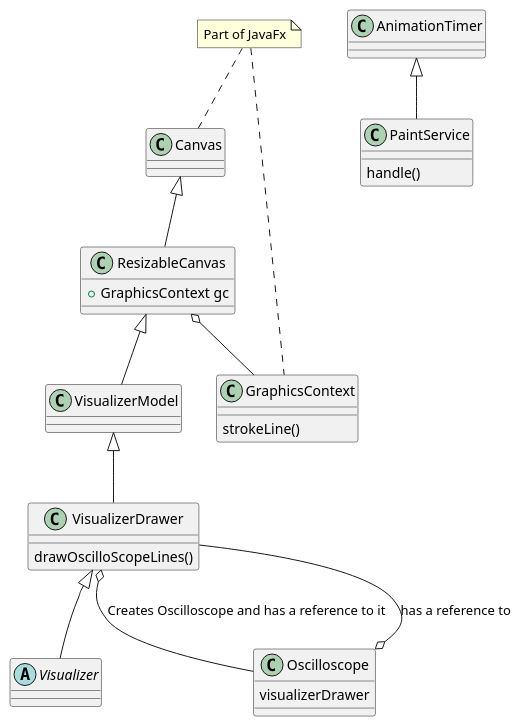
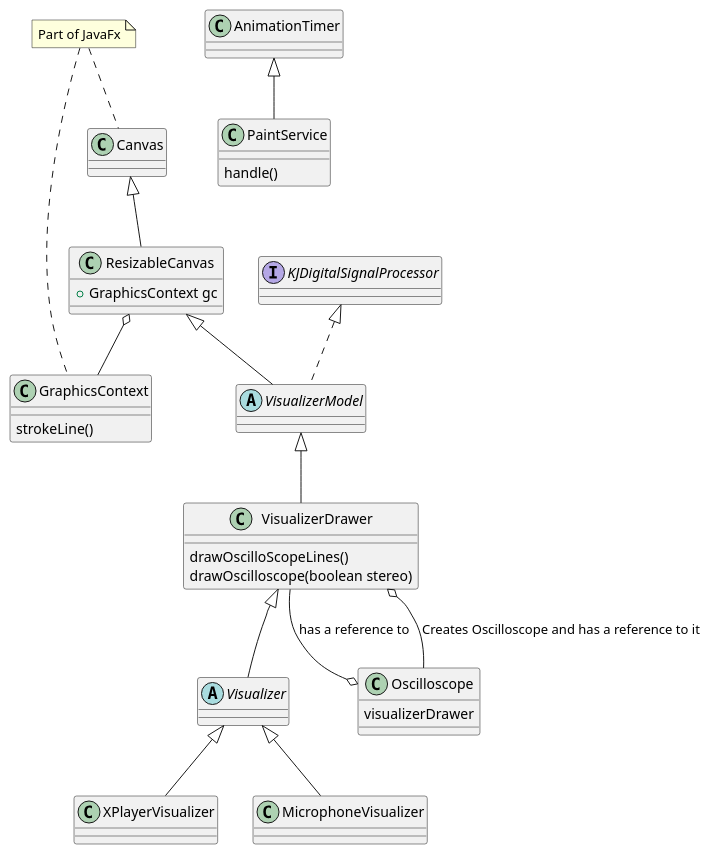
Before and after one commit to HelgeStenstrom/xr3UsageExamples: the diagram in src/main/resources/Oscilloscope.puml, drawn with PlantUML. The commit also changed 1 other file, not shown here.

Commit message:
Plant UML

```diff
--- a/src/main/resources/Oscilloscope.puml
+++ b/src/main/resources/Oscilloscope.puml
@@ -1,37 +1,45 @@
 @startuml
 
 note "Part of JavaFx" as N1
 N1 .. Canvas
 N1 .. GraphicsContext
 
 class GraphicsContext {
 strokeLine()
 }
 
 class Canvas
 
 class ResizableCanvas extends Canvas{
 +GraphicsContext gc
 }
 
-class VisualizerModel extends ResizableCanvas
+interface KJDigitalSignalProcessor
+
+abstract class VisualizerModel extends ResizableCanvas implements KJDigitalSignalProcessor
 
 class VisualizerDrawer extends VisualizerModel {
 drawOscilloScopeLines()
+drawOscilloscope(boolean stereo)
 }
 
-abstract class Visualizer extends VisualizerDrawer
+abstract class Visualizer extends VisualizerDrawer {
+}
+
+class XPlayerVisualizer extends Visualizer
+
+class MicrophoneVisualizer extends Visualizer
 
 class PaintService extends AnimationTimer {
 handle()
 }
 
 class Oscilloscope {
 visualizerDrawer
 }
 
 Oscilloscope o-- VisualizerDrawer : has a reference to
 VisualizerDrawer o-- Oscilloscope : Creates Oscilloscope and has a reference to it
 ResizableCanvas o-- GraphicsContext
 
 @enduml
```
